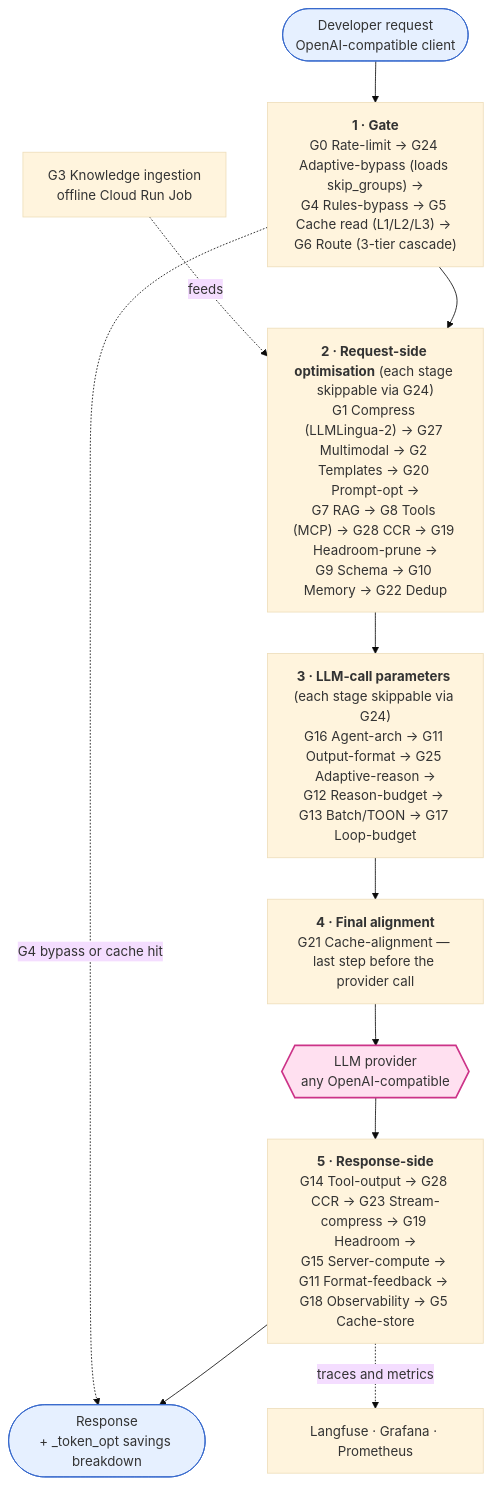
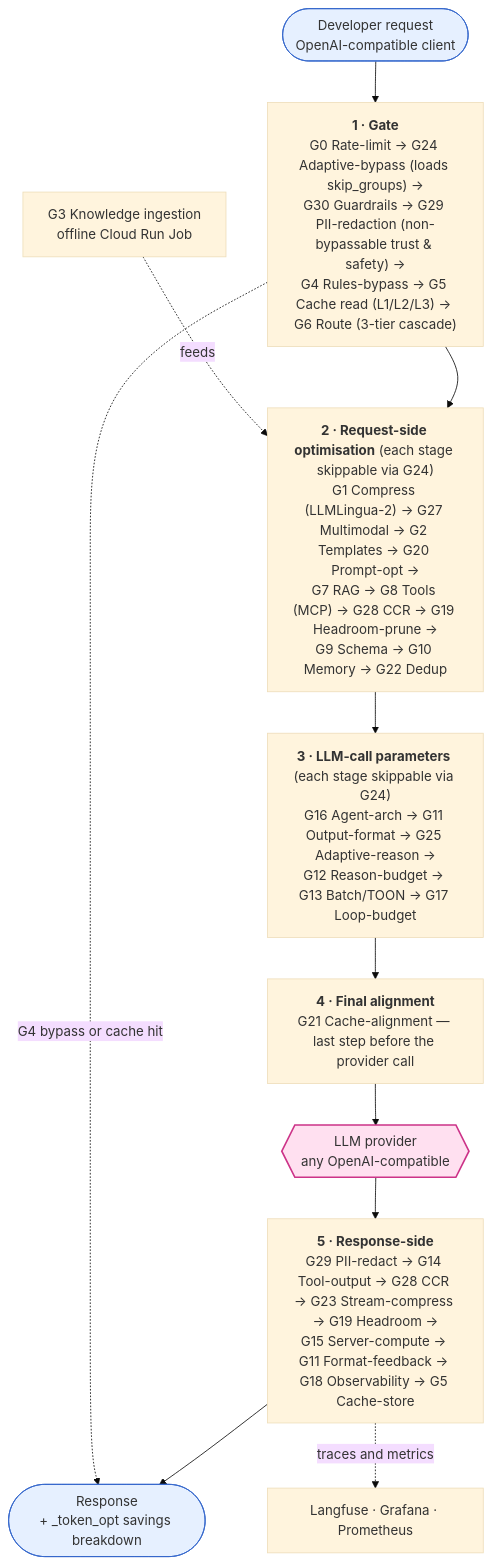
Before and after one commit to sumitdevgupto/TokenLean: the diagram in README.md, drawn with Mermaid (base theme). The commit also changed other lines of this file and 53 other files, not shown here.

````diff
--- a/README.md
+++ b/README.md
@@ -135,43 +159,44 @@
 ```mermaid
 flowchart TB
     Req(["`Developer request
     OpenAI-compatible client`"])
 
     Gate["`**1 · Gate**
     G0 Rate-limit → G24 Adaptive-bypass (loads skip_groups) →
+    G30 Guardrails → G29 PII-redaction (non-bypassable trust & safety) →
     G4 Rules-bypass → G5 Cache read (L1/L2/L3) → G6 Route (3-tier cascade)`"]
 
     ReqOpt["`**2 · Request-side optimisation** (each stage skippable via G24)
     G1 Compress (LLMLingua-2) → G27 Multimodal → G2 Templates → G20 Prompt-opt →
     G7 RAG → G8 Tools (MCP) → G28 CCR → G19 Headroom-prune →
     G9 Schema → G10 Memory → G22 Dedup`"]
 
     Params["`**3 · LLM-call parameters** (each stage skippable via G24)
     G16 Agent-arch → G11 Output-format → G25 Adaptive-reason →
     G12 Reason-budget → G13 Batch/TOON → G17 Loop-budget`"]
 
     Align["`**4 · Final alignment**
     G21 Cache-alignment — last step before the provider call`"]
 
     LLM{{"`LLM provider
     any OpenAI-compatible`"}}
 
     Resp2["`**5 · Response-side**
-    G14 Tool-output → G28 CCR → G23 Stream-compress → G19 Headroom →
+    G29 PII-redact → G14 Tool-output → G28 CCR → G23 Stream-compress → G19 Headroom →
     G15 Server-compute → G11 Format-feedback → G18 Observability → G5 Cache-store`"]
 
     Out(["`Response
     + _token_opt savings breakdown`"])
 
     Req --> Gate --> ReqOpt --> Params --> Align --> LLM --> Resp2 --> Out
 
     Gate -.->|G4 bypass or cache hit| Out
     Ingest["`G3 Knowledge ingestion
     offline Cloud Run Job`"] -.->|feeds| ReqOpt
     Resp2 -.->|traces and metrics| Dash["Langfuse · Grafana · Prometheus"]
 
     classDef llm fill:#ffe0f0,stroke:#cc3388,stroke-width:2px;
     classDef io fill:#e6f0ff,stroke:#3366cc;
     class LLM llm;
     class Req,Out io;
 ```
````
